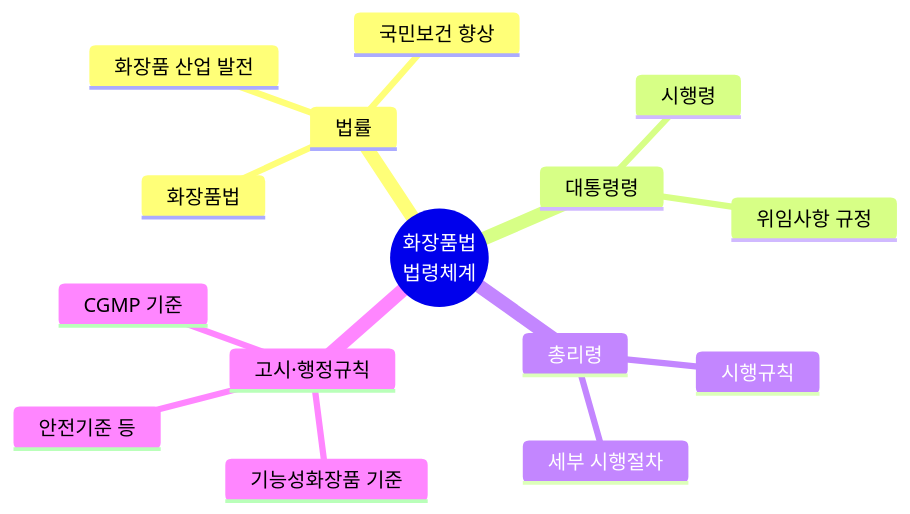
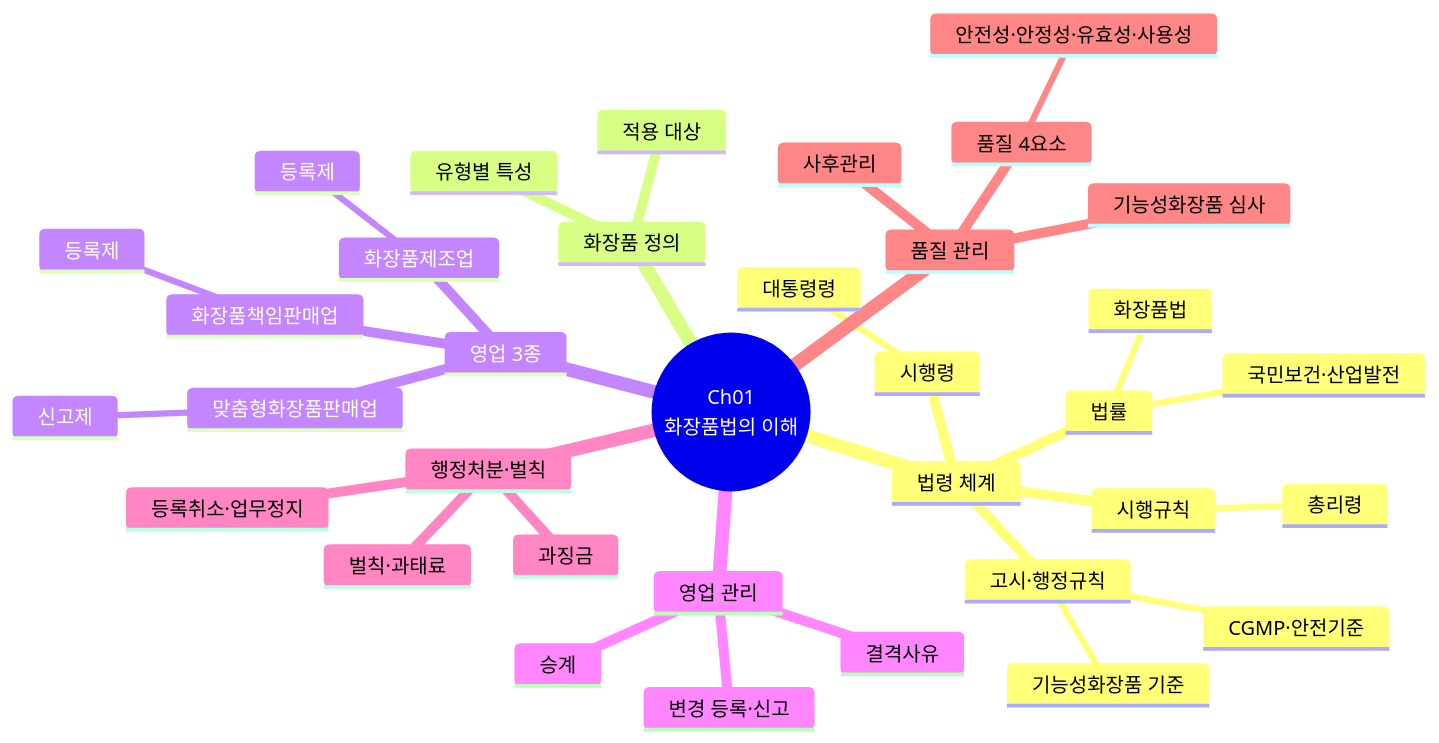
Before and after one commit to skygoldlee-cyber/Personalized_Skincare: the seventh of 21 diagrams in content/교재/law/1과목_화장품법의이해_이야기형.md, drawn with Mermaid. The commit also changed other lines of this file and 19 other files, not shown here.

````diff
--- a/content/교재/law/1과목_화장품법의이해_이야기형.md
+++ b/content/교재/law/1과목_화장품법의이해_이야기형.md
@@ -556,18 +558,38 @@
 ```mermaid
 mindmap
-  root((화장품법<br/>법령체계))
-    법률
-      화장품법
-      국민보건 향상
-      화장품 산업 발전
+ root((Ch01<br/>화장품법의 이해))
+  법령 체계
+   법률
+    화장품법
+    국민보건·산업발전
+   시행령
     대통령령
-      시행령
-      위임사항 규정
+   시행규칙
     총리령
-      시행규칙
-      세부 시행절차
-    고시·행정규칙
-      기능성화장품 기준
-      CGMP 기준
-      안전기준 등
+   고시·행정규칙
+    기능성화장품 기준
+    CGMP·안전기준
+  화장품 정의
+   적용 대상
+   유형별 특성
+  영업 3종
+   화장품제조업
+    등록제
+   화장품책임판매업
+    등록제
+   맞춤형화장품판매업
+    신고제
+  영업 관리
+   결격사유
+   변경 등록·신고
+   승계
+  행정처분·벌칙
+   등록취소·업무정지
+   과징금
+   벌칙·과태료
+  품질 관리
+   품질 4요소
+    안전성·안정성·유효성·사용성
+   기능성화장품 심사
+   사후관리
 ```
````
